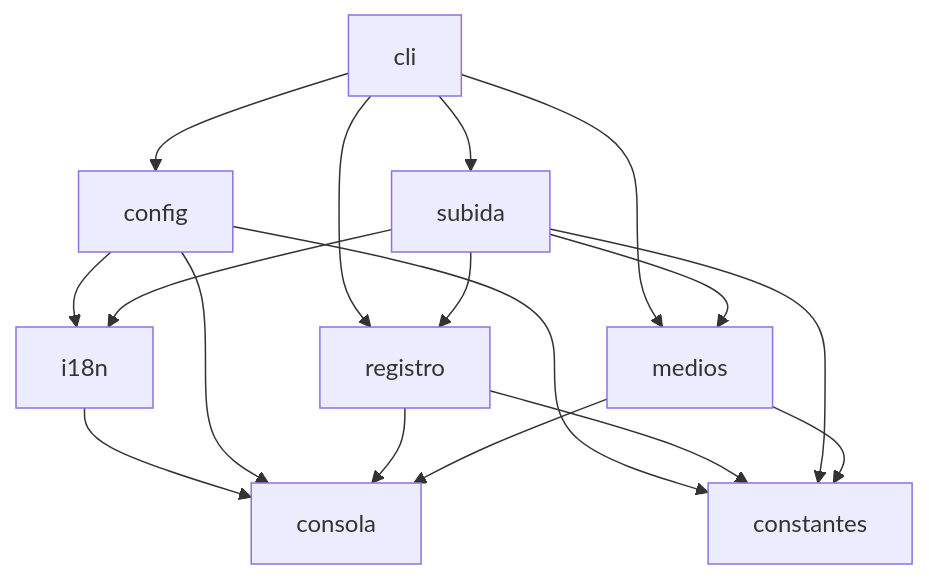
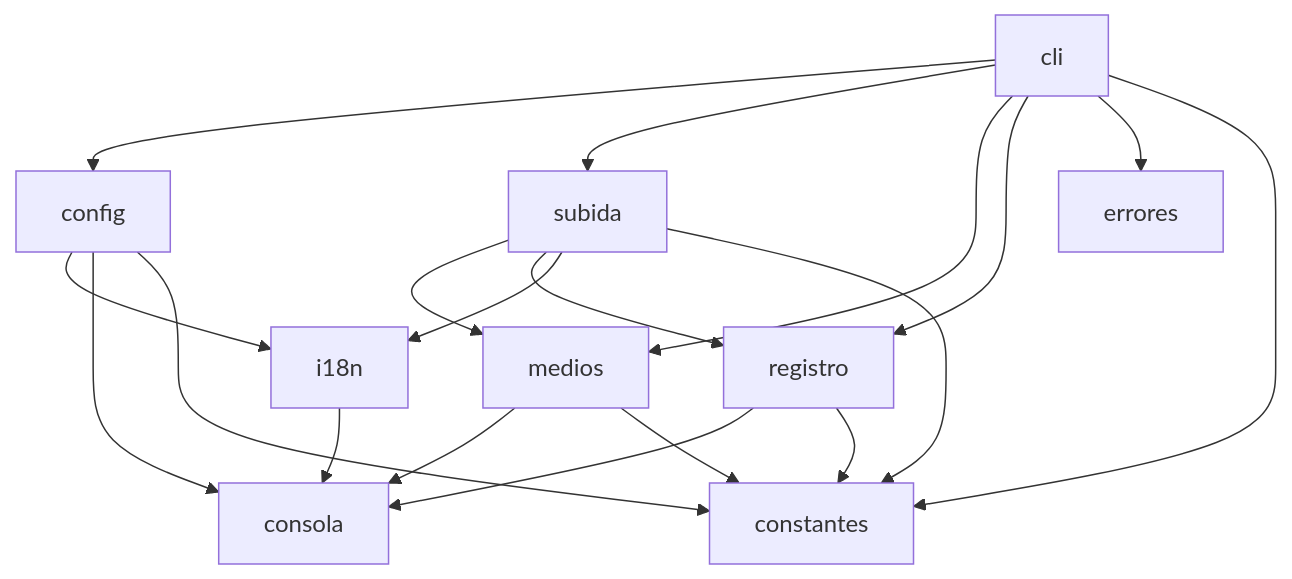
The first of 2 diagrams in ARQUITECTURA.md (al3xFight/telegram-uploader), drawn with Mermaid before and after one commit. The commit also changed other lines of this file and 3 other files, not shown here.

````diff
--- a/ARQUITECTURA.md
+++ b/ARQUITECTURA.md
@@ -31,19 +32,21 @@
 ```mermaid
 flowchart TD
     cli --> config
     cli --> subida
     cli --> medios
     cli --> registro
+    cli --> errores
+    cli --> constantes
     config --> i18n
     subida --> medios
     subida --> registro
     subida --> i18n
     i18n --> consola
     config --> consola
     registro --> consola
     medios --> consola
     config --> constantes
     registro --> constantes
     subida --> constantes
     medios --> constantes
 ```
````
